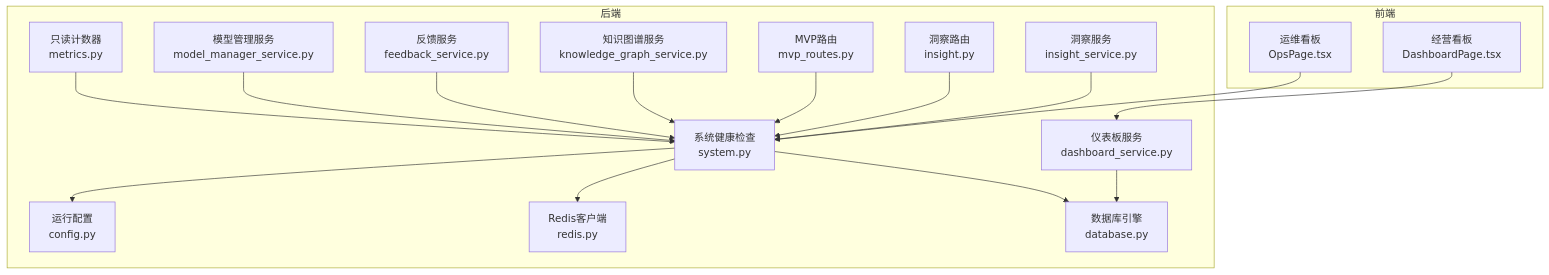
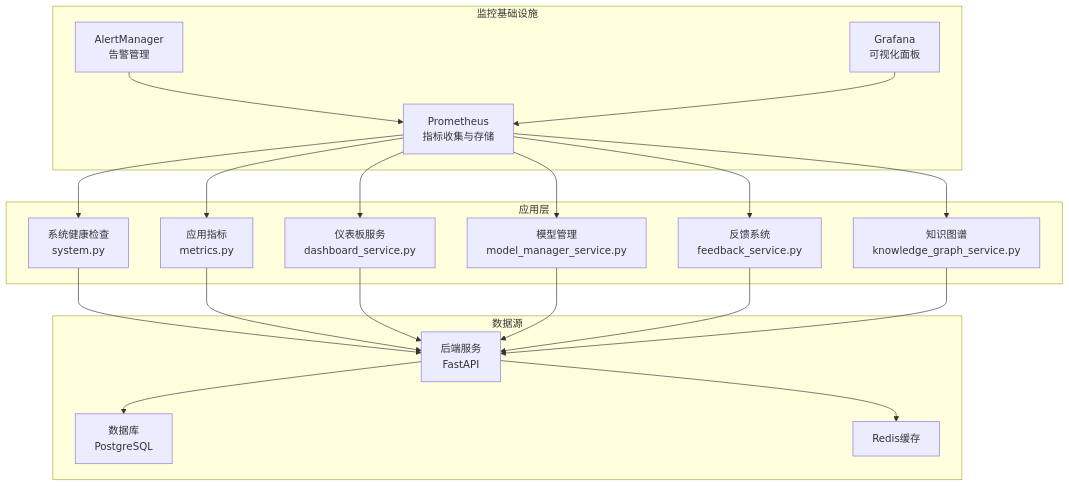
The first of 8 diagrams in .qoder/repowiki/zh/content/系统管理/监控告警系统.md (dream-ze/AI_huoke-), drawn with Mermaid before and after one commit. The commit also changed other lines of this file and 95 other files, not shown here.

````diff
--- a/.qoder/repowiki/zh/content/系统管理/监控告警系统.md
+++ b/.qoder/repowiki/zh/content/系统管理/监控告警系统.md
@@ -57,34 +66,37 @@
 ```mermaid
 graph TB
-subgraph "后端"
+subgraph "监控基础设施"
+PROM["Prometheus<br/>指标收集与存储"]
+ALERT["AlertManager<br/>告警管理"]
+GRAF["Grafana<br/>可视化面板"]
+end
+subgraph "应用层"
 SYS["系统健康检查<br/>system.py"]
-CFG["运行配置<br/>config.py"]
-DB["数据库引擎<br/>database.py"]
-RDS["Redis客户端<br/>redis.py"]
-MET["只读计数器<br/>metrics.py"]
+MET["应用指标<br/>metrics.py"]
 DASH["仪表板服务<br/>dashboard_service.py"]
-MODEL["模型管理服务<br/>model_manager_service.py"]
-FEEDBACK["反馈服务<br/>feedback_service.py"]
-GRAPH["知识图谱服务<br/>knowledge_graph_service.py"]
-ENDPOINTS["MVP路由<br/>mvp_routes.py"]
-ENDPOINTS2["洞察路由<br/>insight.py"]
-ENDPOINTS3["洞察服务<br/>insight_service.py"]
+MODEL["模型管理<br/>model_manager_service.py"]
+FEEDBACK["反馈系统<br/>feedback_service.py"]
+GRAPH["知识图谱<br/>knowledge_graph_service.py"]
 end
-subgraph "前端"
-OPS["运维看板<br/>OpsPage.tsx"]
-DASHUI["经营看板<br/>DashboardPage.tsx"]
+subgraph "数据源"
+DB["数据库<br/>PostgreSQL"]
+RDS["Redis缓存"]
+BACKEND["后端服务<br/>FastAPI"]
 end
-OPS --> SYS
-DASHUI --> DASH
-SYS --> DB
-SYS --> RDS
-SYS --> CFG
-DASH --> DB
-MET --> SYS
-MODEL --> SYS
-FEEDBACK --> SYS
-GRAPH --> SYS
-ENDPOINTS --> SYS
-ENDPOINTS2 --> SYS
-ENDPOINTS3 --> SYS
+PROM --> SYS
+PROM --> MET
+PROM --> DASH
+PROM --> MODEL
+PROM --> FEEDBACK
+PROM --> GRAPH
+SYS --> BACKEND
+MET --> BACKEND
+DASH --> BACKEND
+MODEL --> BACKEND
+FEEDBACK --> BACKEND
+GRAPH --> BACKEND
+ALERT --> PROM
+GRAF --> PROM
+BACKEND --> DB
+BACKEND --> RDS
 ```
````
